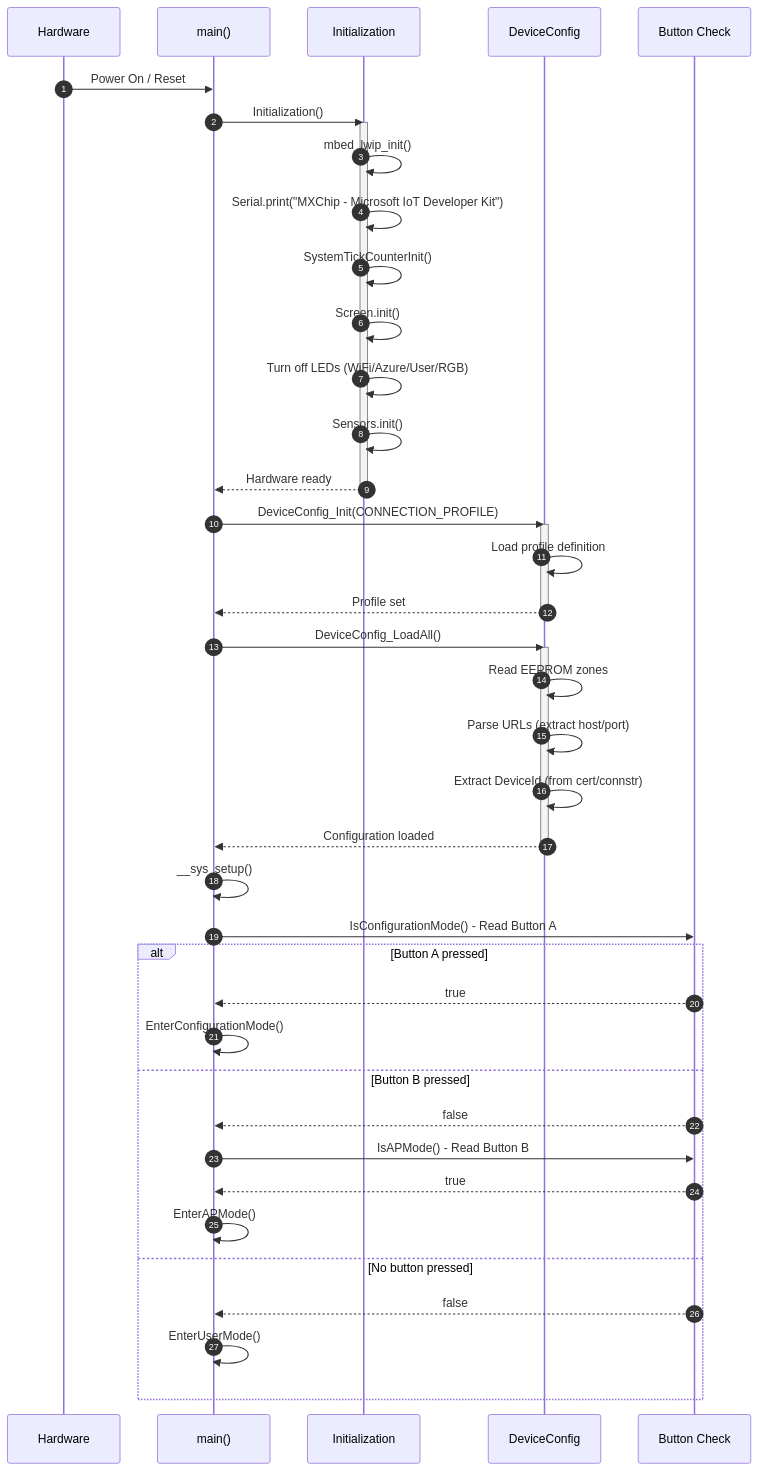
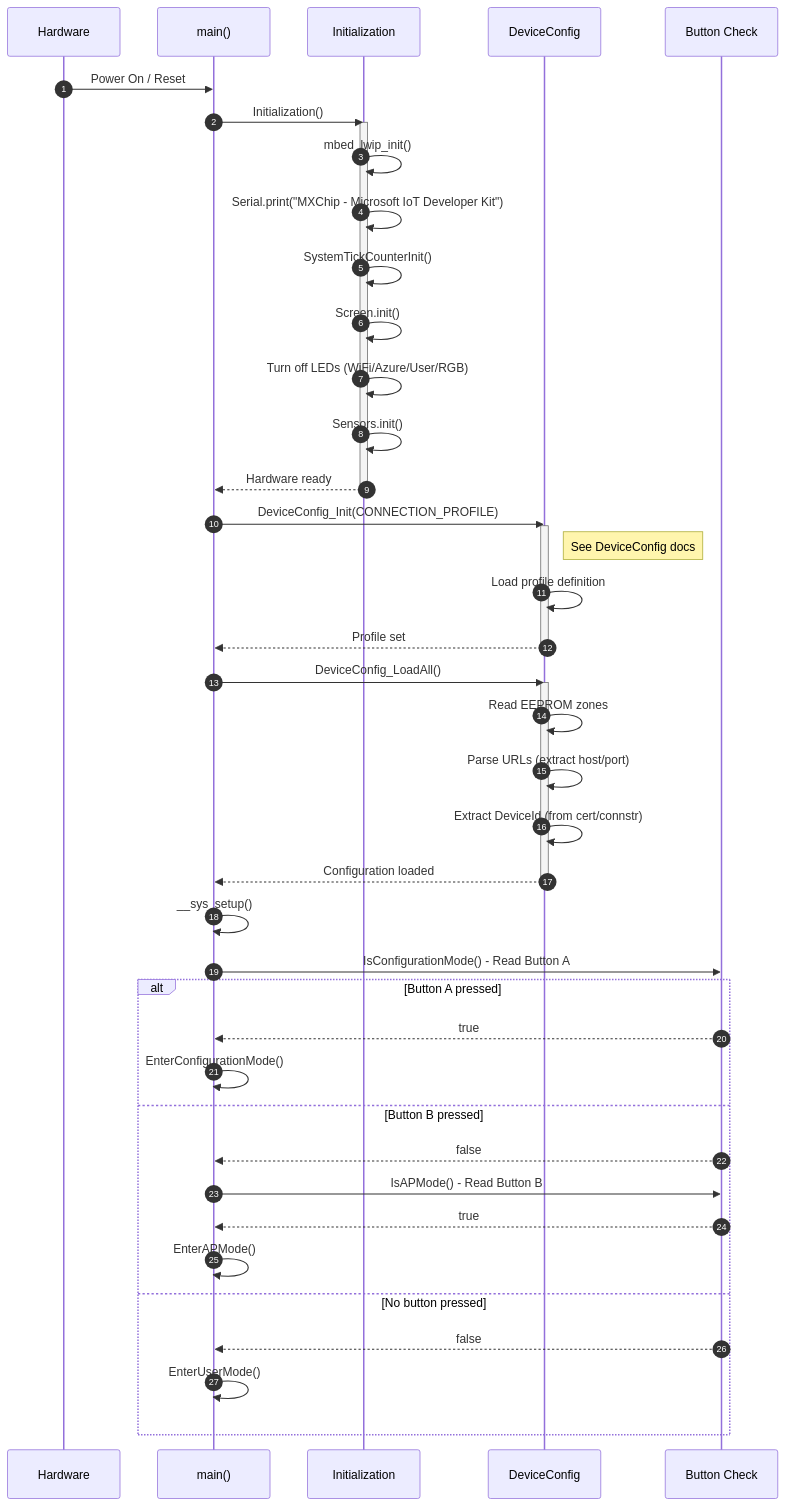
Before and after one commit to howardginsburg/framework-arduinostm32mxchip: the first of 6 diagrams in docs/mxchip_boot_sequence.md, drawn with Mermaid. The commit also changed 7 other files, not shown here.

Commit message:
Update documentation: Enhance CustomProfile, GettingStarted, DeviceConfig, EEPROM, FileSystem, and SoftwareStack guides with new examples and clarifications on configuration management

````diff
--- a/docs/mxchip_boot_sequence.md
+++ b/docs/mxchip_boot_sequence.md
@@ -9,53 +9,54 @@
 ```mermaid
 sequenceDiagram
     autonumber
     participant HW as Hardware
     participant Main as main()
     participant Init as Initialization
     participant DC as DeviceConfig
     participant Btn as Button Check
 
     HW->>Main: Power On / Reset
     
     Main->>Init: Initialization()
     activate Init
     Init->>Init: mbed_lwip_init()
     Init->>Init: Serial.print("MXChip - Microsoft IoT Developer Kit")
     Init->>Init: SystemTickCounterInit()
     Init->>Init: Screen.init()
     Init->>Init: Turn off LEDs (WiFi/Azure/User/RGB)
     Init->>Init: Sensors.init()
     Init-->>Main: Hardware ready
     deactivate Init
 
     Main->>DC: DeviceConfig_Init(CONNECTION_PROFILE)
     activate DC
+    Note right of DC: See DeviceConfig docs
     DC->>DC: Load profile definition
     DC-->>Main: Profile set
     deactivate DC
 
     Main->>DC: DeviceConfig_LoadAll()
     activate DC
     DC->>DC: Read EEPROM zones
     DC->>DC: Parse URLs (extract host/port)
     DC->>DC: Extract DeviceId (from cert/connstr)
     DC-->>Main: Configuration loaded
     deactivate DC
 
     Main->>Main: __sys_setup()
 
     Main->>Btn: IsConfigurationMode() - Read Button A
     
     alt Button A pressed
         Btn-->>Main: true
         Main->>Main: EnterConfigurationMode()
     else Button B pressed
         Btn-->>Main: false
         Main->>Btn: IsAPMode() - Read Button B
         Btn-->>Main: true
         Main->>Main: EnterAPMode()
     else No button pressed
         Btn-->>Main: false
         Main->>Main: EnterUserMode()
     end
 ```
````
